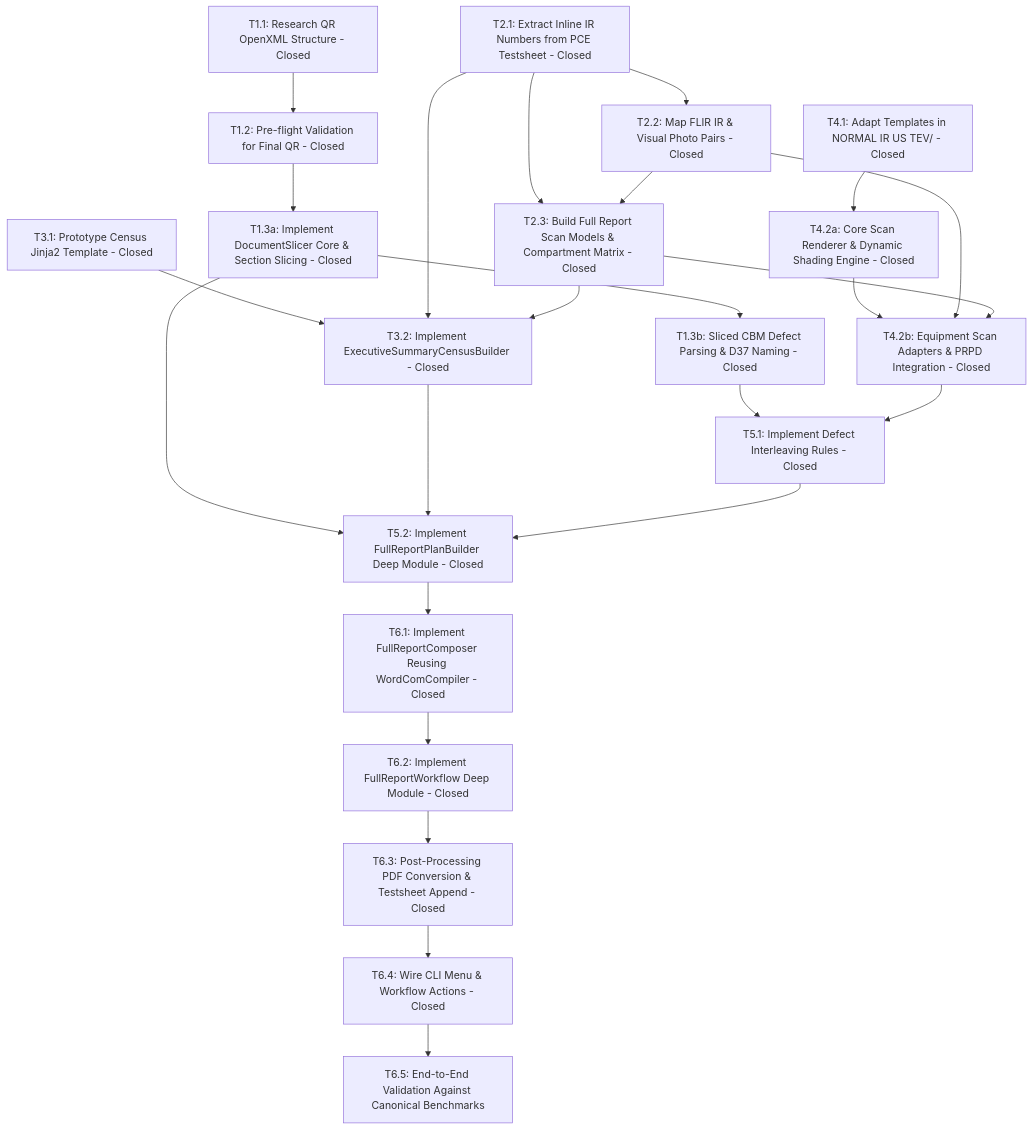
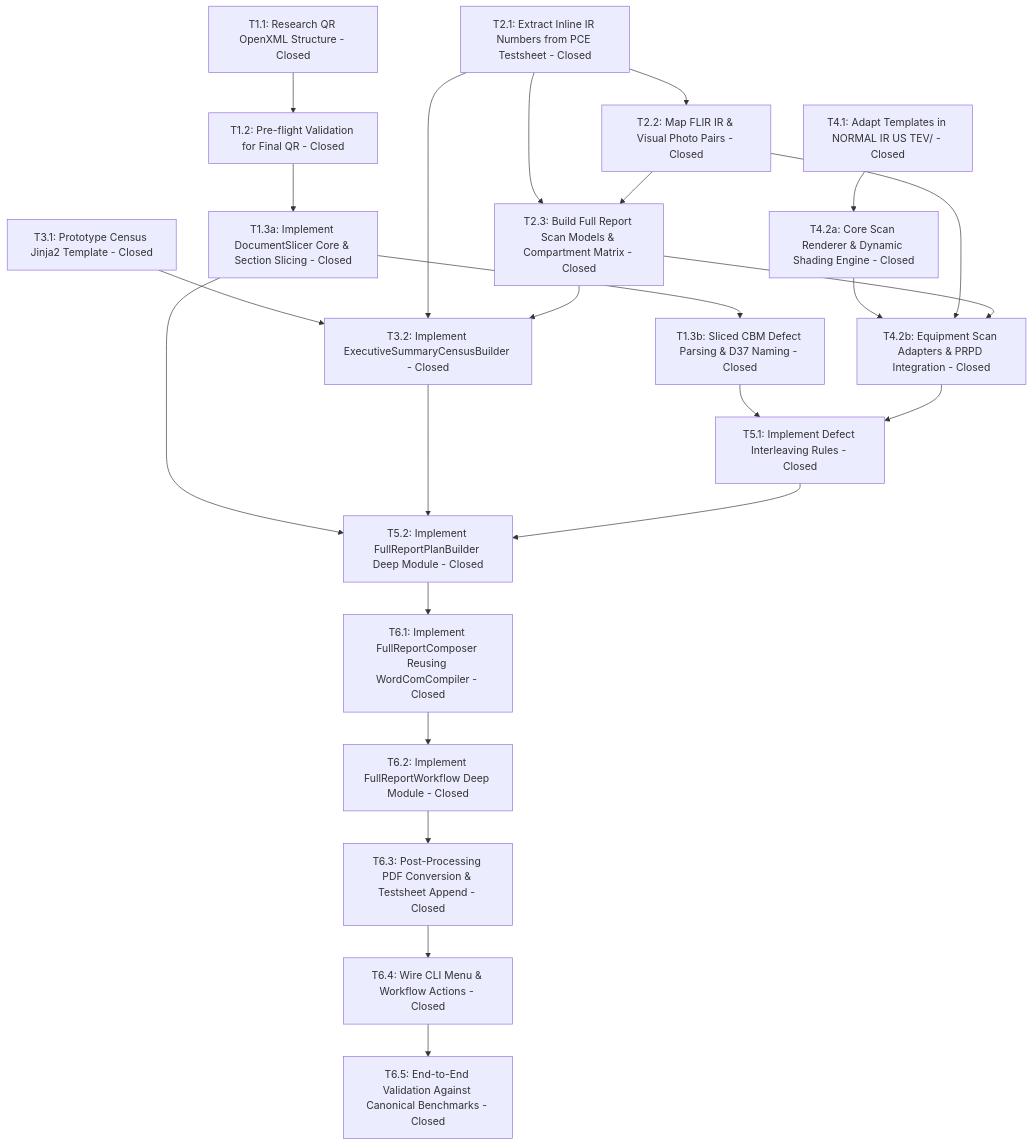
The diagram in .wayfinder/full-report-map/map.md (adamlarGit/pahang-cli), drawn with Mermaid before and after one commit. The commit also changed other lines of this file and 41 other files, not shown here.

````diff
--- a/.wayfinder/full-report-map/map.md
+++ b/.wayfinder/full-report-map/map.md
@@ -125,32 +125,32 @@
 ```mermaid
 graph TD
     T1_1[T1.1: Research QR OpenXML Structure - Closed] --> T1_2[T1.2: Pre-flight Validation for Final QR - Closed]
     T1_2 --> T1_3a[T1.3a: Implement DocumentSlicer Core & Section Slicing - Closed]
     T1_3a --> T1_3b[T1.3b: Sliced CBM Defect Parsing & D37 Naming - Closed]
     
     T2_1[T2.1: Extract Inline IR Numbers from PCE Testsheet - Closed] --> T2_2[T2.2: Map FLIR IR & Visual Photo Pairs - Closed]
     T2_1 --> T2_3[T2.3: Build Full Report Scan Models & Compartment Matrix - Closed]
     T2_2 --> T2_3
     
     T3_1[T3.1: Prototype Census Jinja2 Template - Closed] --> T3_2[T3.2: Implement ExecutiveSummaryCensusBuilder - Closed]
     T2_1 --> T3_2
     T2_3 --> T3_2
     
     T4_1[T4.1: Adapt Templates in NORMAL IR US TEV/ - Closed] --> T4_2a[T4.2a: Core Scan Renderer & Dynamic Shading Engine - Closed]
     T4_2a --> T4_2b[T4.2b: Equipment Scan Adapters & PRPD Integration - Closed]
     T2_2 --> T4_2b
     T2_3 --> T4_2b
     
     T1_3b --> T5_1[T5.1: Implement Defect Interleaving Rules - Closed]
     T4_2b --> T5_1
     
     T1_3a --> T5_2[T5.2: Implement FullReportPlanBuilder Deep Module - Closed]
     T3_2 --> T5_2
     T5_1 --> T5_2
     
     T5_2 --> T6_1[T6.1: Implement FullReportComposer Reusing WordComCompiler - Closed]
     T6_1 --> T6_2[T6.2: Implement FullReportWorkflow Deep Module - Closed]
     T6_2 --> T6_3[T6.3: Post-Processing PDF Conversion & Testsheet Append - Closed]
     T6_3 --> T6_4[T6.4: Wire CLI Menu & Workflow Actions - Closed]
-    T6_4 --> T6_5[T6.5: End-to-End Validation Against Canonical Benchmarks]
+    T6_4 --> T6_5[T6.5: End-to-End Validation Against Canonical Benchmarks - Closed]
 ```
````
